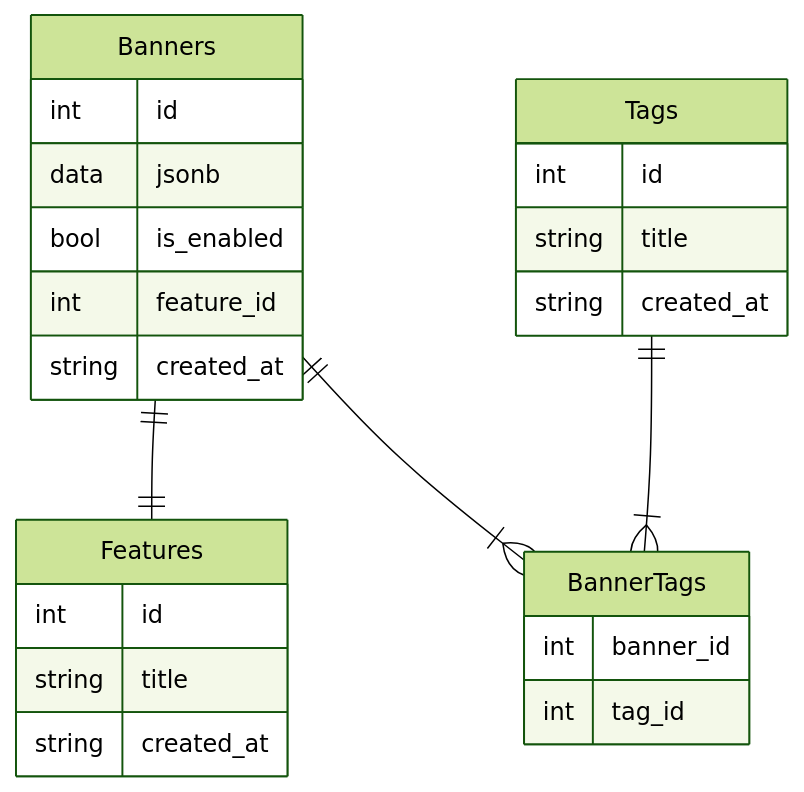
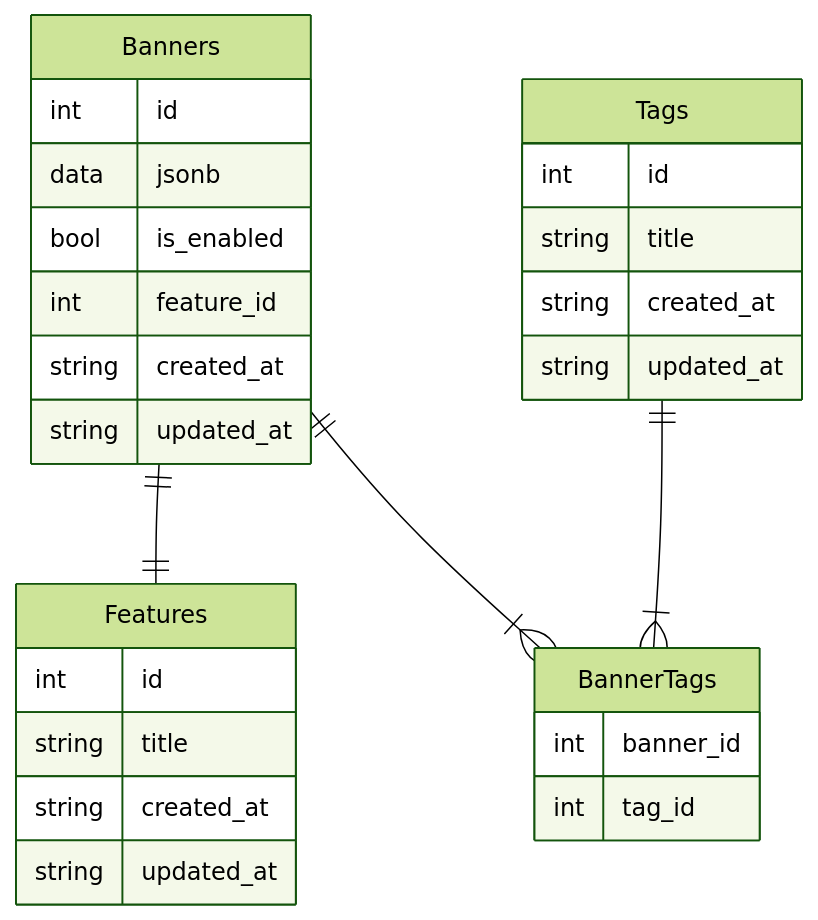
The diagram in README.md (lazarev1609/avito-test-trainee), drawn with Mermaid (forest theme) before and after one commit. The commit also changed 2 other files, not shown here.

Commit message:
feat: add init migration and docker compose for postgres

````diff
--- a/README.md
+++ b/README.md
@@ -4,33 +4,36 @@
 ```mermaid
 
 erDiagram
     
 Banners ||--|| Features : ""
 Banners ||--|{ BannerTags : ""
 Tags ||--|{ BannerTags : ""
 
 Banners {
         int id
         data jsonb
         bool is_enabled
         int feature_id
         string created_at
+        string updated_at
     }
 
     Tags {
         int id
         string title
         string created_at
+        string updated_at
     }
 
     Features {
         int id
         string title
         string created_at
+        string updated_at
     }
 
     BannerTags {
         int banner_id
         int tag_id
     }
 ```
````
